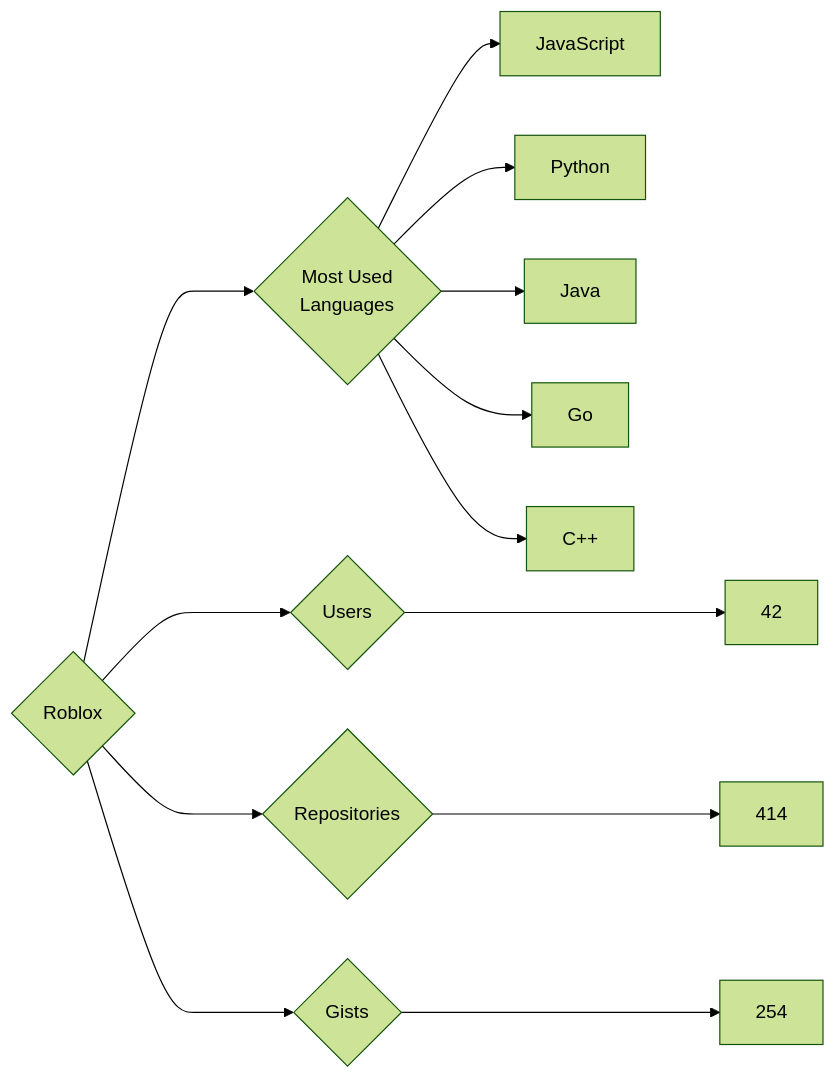
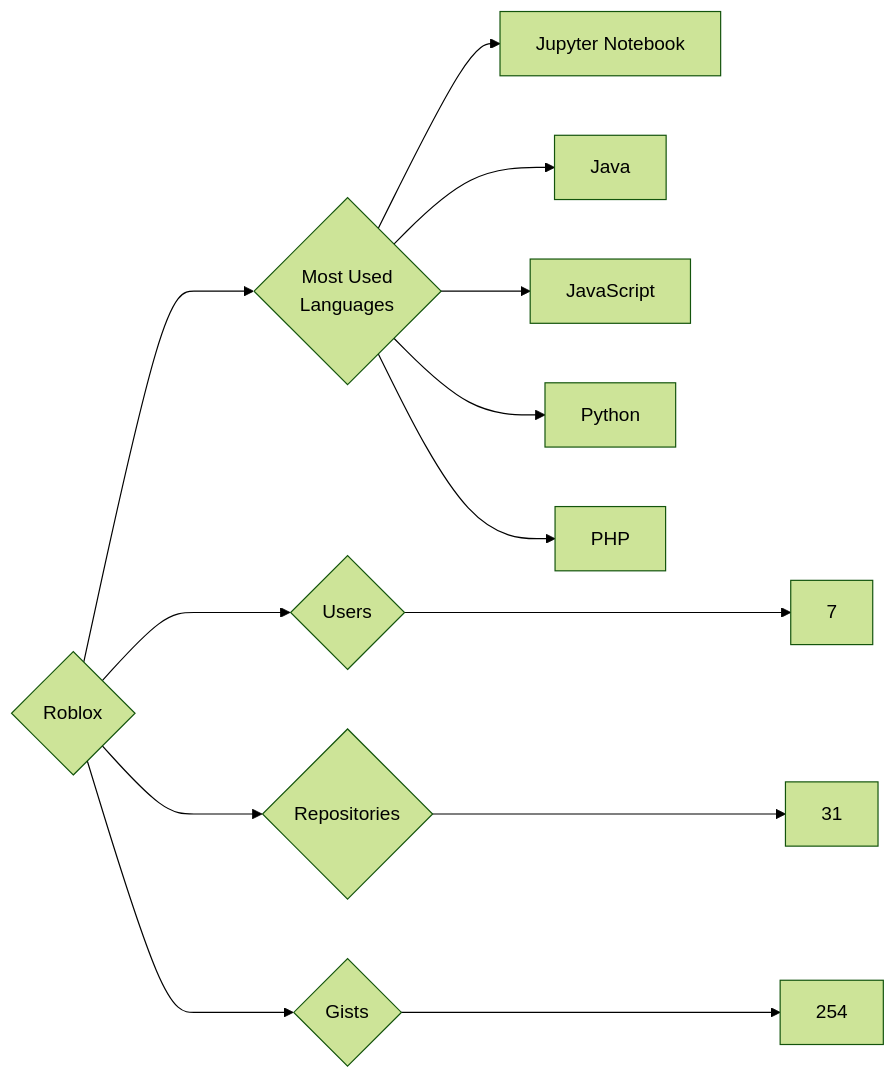
Before and after one commit to trickest/insiders: the diagram in targets/Roblox/README.md, drawn with Mermaid (forest theme). The commit also changed 1496 other files, not shown here.

````diff
--- a/targets/Roblox/README.md
+++ b/targets/Roblox/README.md
@@ -3,13 +3,13 @@
 ```mermaid
 graph LR
 COMPANY_NAME{Roblox}
-COMPANY_NAME ---> U{Users} ---> UN[42]
-COMPANY_NAME ---> R{Repositories} ---> RN[414]
+COMPANY_NAME ---> U{Users} ---> UN[7]
+COMPANY_NAME ---> R{Repositories} ---> RN[31]
 COMPANY_NAME ---> G{Gists} ---> GN[254]
 COMPANY_NAME ---> ML{Most Used<br>Languages}
+ML --> Jupyter_Notebook[Jupyter Notebook]
+ML --> Java[Java]
 ML --> JavaScript[JavaScript]
 ML --> Python[Python]
-ML --> Java[Java]
-ML --> Go[Go]
-ML --> C++[C++]
+ML --> PHP[PHP]
 ```
````
